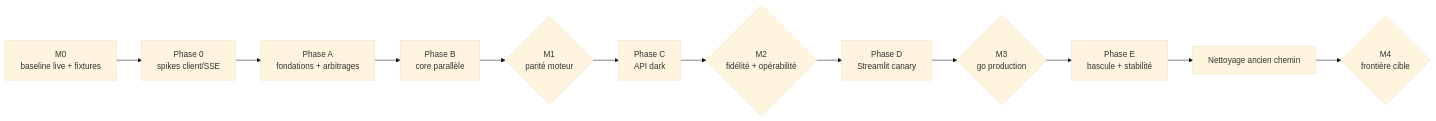
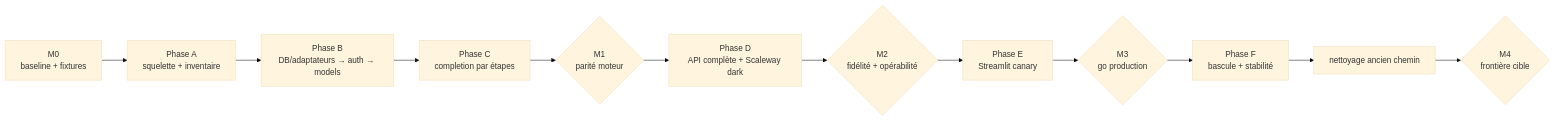
One commit to DGAFP/assistant-rh changed the diagram in docs/architecture/hexagonal-split/04-migration-plan.md. Above: the diagram before and after it, drawn with Mermaid (base theme). The commit also changed other lines of this file and 7 other files, not shown here.

````diff
--- a/docs/architecture/hexagonal-split/04-migration-plan.md
+++ b/docs/architecture/hexagonal-split/04-migration-plan.md
@@ -144,9 +141,9 @@
 ```mermaid
 flowchart LR
-    M0[M0<br/>baseline live + fixtures] --> S[Phase 0<br/>spikes client/SSE]
-    S --> A[Phase A<br/>fondations + arbitrages] --> B[Phase B<br/>core parallèle]
-    B --> M1{M1<br/>parité moteur} --> C[Phase C<br/>API dark]
-    C --> M2{M2<br/>fidélité + opérabilité} --> D[Phase D<br/>Streamlit canary]
-    D --> M3{M3<br/>go production} --> E[Phase E<br/>bascule + stabilité]
-    E --> CLEAN[Nettoyage ancien chemin] --> M4{M4<br/>frontière cible}
+    M0[M0<br/>baseline + fixtures] --> A[Phase A<br/>squelette + inventaire]
+    A --> B[Phase B<br/>DB/adaptateurs → auth → models]
+    B --> C[Phase C<br/>completion par étapes] --> M1{M1<br/>parité moteur}
+    M1 --> D[Phase D<br/>API complète + Scaleway dark] --> M2{M2<br/>fidélité + opérabilité}
+    M2 --> E[Phase E<br/>Streamlit canary] --> M3{M3<br/>go production}
+    M3 --> F[Phase F<br/>bascule + stabilité] --> CLEAN[nettoyage ancien chemin] --> M4{M4<br/>frontière cible}
 ```
````
